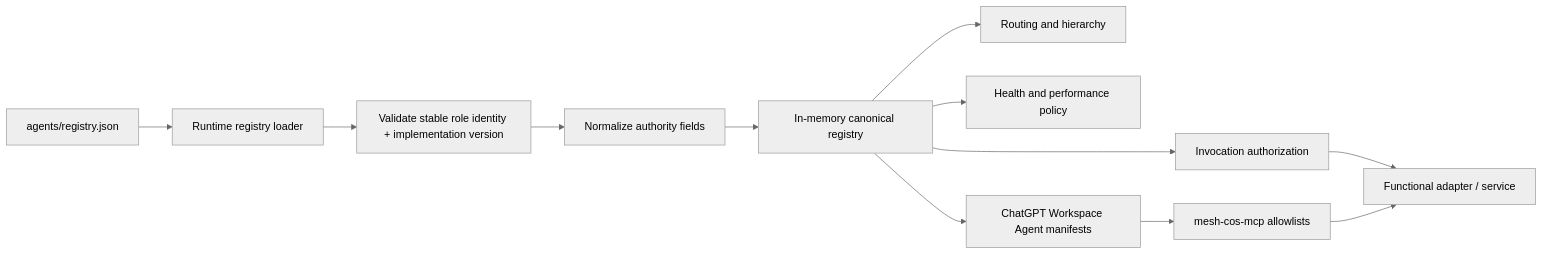
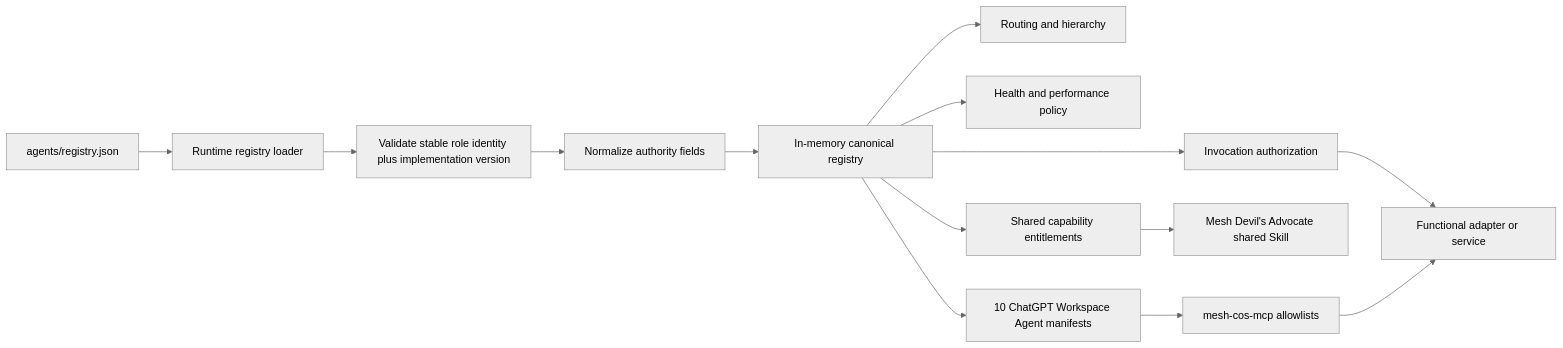
One commit to mkleinbe/mesh-ai-agent-cos-universe changed the diagram in docs/agent-registry.md. Above: the diagram before and after it, drawn with Mermaid (neutral theme). The commit also changed other lines of this file, not shown here.

Commit message:
docs: reconcile registry to 10 agents plus shared challenge

````diff
--- a/docs/agent-registry.md
+++ b/docs/agent-registry.md
@@ -7,14 +7,16 @@
 ```mermaid
 flowchart LR
     J[agents/registry.json] --> LOAD[Runtime registry loader]
-    LOAD --> ID[Validate stable role identity + implementation version]
+    LOAD --> ID[Validate stable role identity plus implementation version]
     ID --> N[Normalize authority fields]
     N --> R[In-memory canonical registry]
     R --> AUTH[Invocation authorization]
     R --> ROUTE[Routing and hierarchy]
     R --> HEALTH[Health and performance policy]
-    R --> WA[ChatGPT Workspace Agent manifests]
+    R --> WA[10 ChatGPT Workspace Agent manifests]
+    R --> SC[Shared capability entitlements]
+    SC --> DA[Mesh Devil's Advocate shared Skill]
     WA --> MCP[mesh-cos-mcp allowlists]
-    AUTH --> EXEC[Functional adapter / service]
+    AUTH --> EXEC[Functional adapter or service]
     MCP --> EXEC
 ```
````
